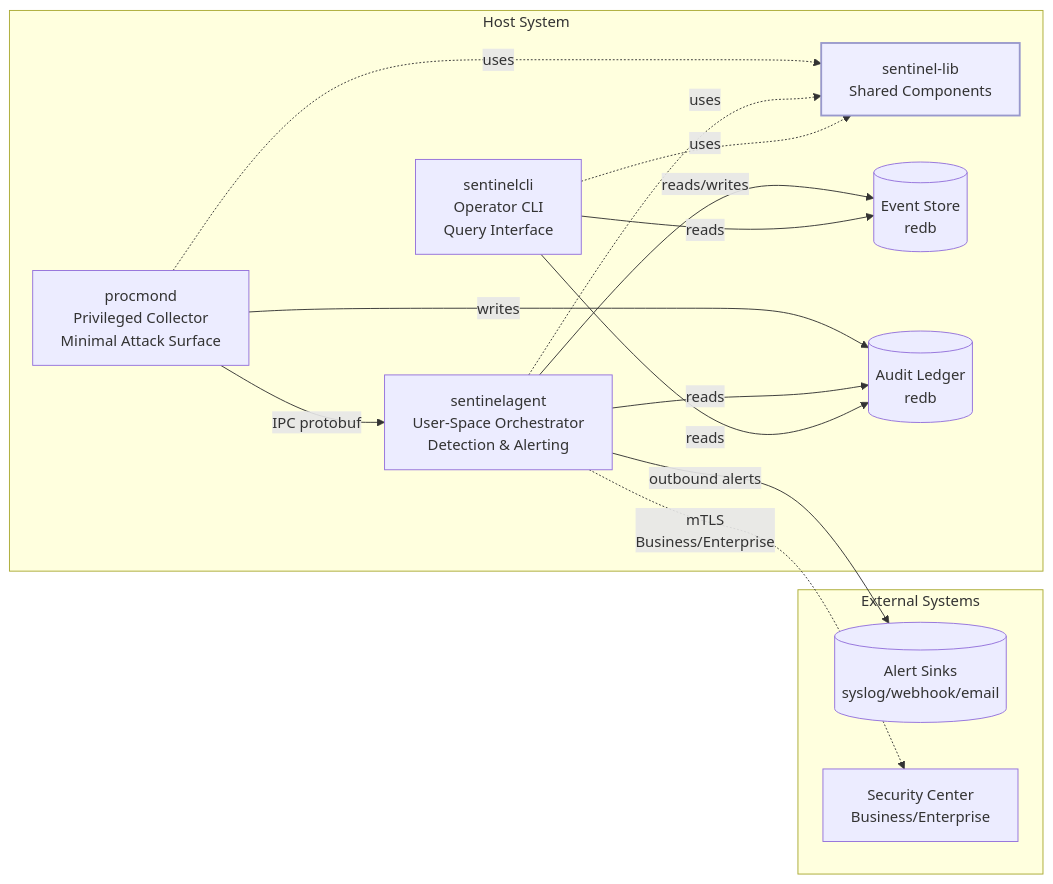
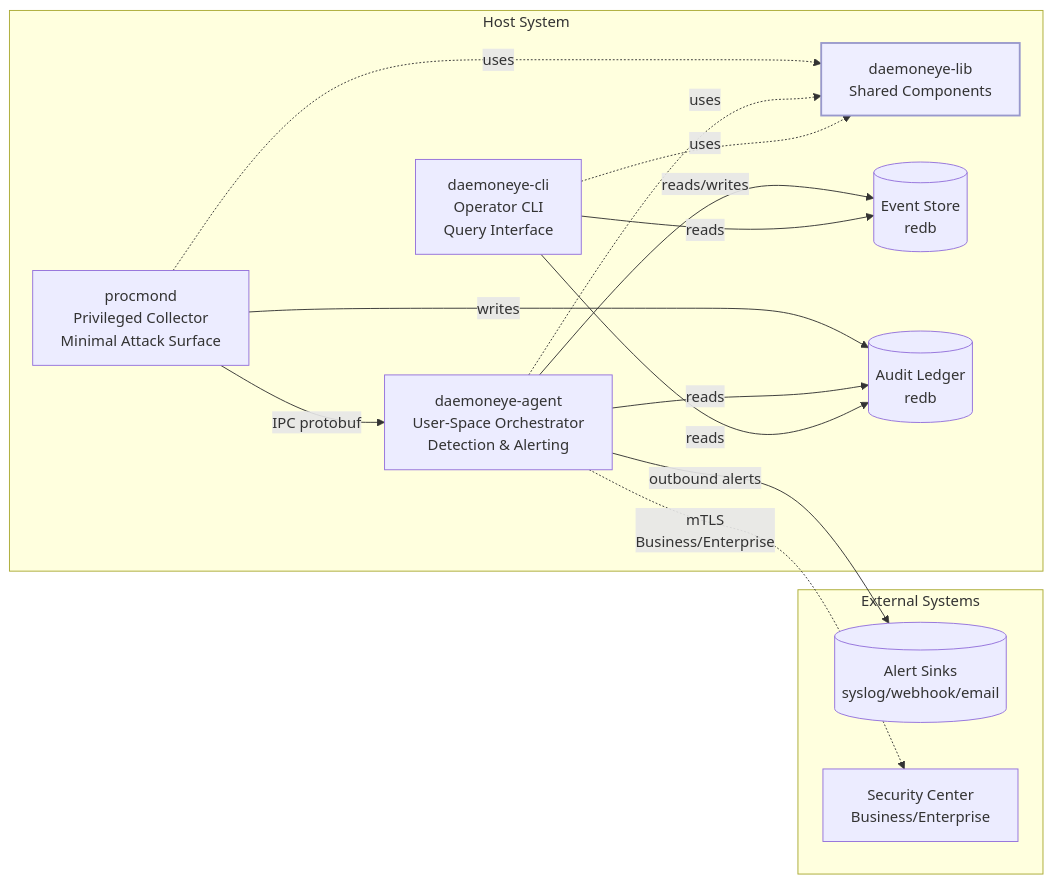
One commit to EvilBit-Labs/DaemonEye changed the first of 3 diagrams in AGENTS.md. Above: the diagram before and after it, drawn with Mermaid. The commit also changed other lines of this file, not shown here.

````diff
--- a/AGENTS.md
+++ b/AGENTS.md
@@ -138,33 +138,33 @@
 ```mermaid
 flowchart LR
     subgraph "Host System"
         P[procmond<br/>Privileged Collector<br/>Minimal Attack Surface]
-        A[sentinelagent<br/>User-Space Orchestrator<br/>Detection & Alerting]
-        C[sentinelcli<br/>Operator CLI<br/>Query Interface]
-        L[sentinel-lib<br/>Shared Components]:::lib
+        A[daemoneye-agent<br/>User-Space Orchestrator<br/>Detection & Alerting]
+        C[daemoneye-cli<br/>Operator CLI<br/>Query Interface]
+        L[daemoneye-lib<br/>Shared Components]:::lib
 
         DB1[(Event Store<br/>redb)]
         DB2[(Audit Ledger<br/>redb)]
     end
 
     subgraph "External Systems"
         EXT[(Alert Sinks<br/>syslog/webhook/email)]
         SC[Security Center<br/>Business/Enterprise]
     end
 
     P -->|IPC protobuf| A
     P -->|writes| DB2
     A -->|reads/writes| DB1
     A -->|reads| DB2
     C -->|reads| DB1
     C -->|reads| DB2
 
     A -->|outbound alerts| EXT
     A -.->|mTLS<br/>Business/Enterprise| SC
 
     P -.->|uses| L
     A -.->|uses| L
     C -.->|uses| L
 
     classDef lib fill:#eef,stroke:#99c,stroke-width:2px
 ```
````
